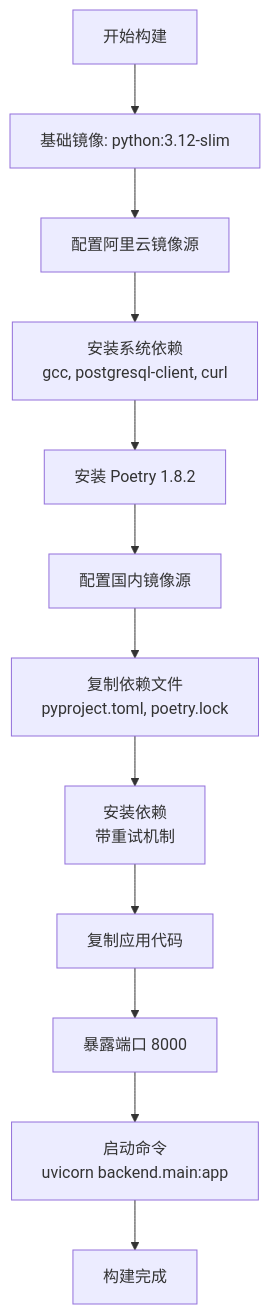
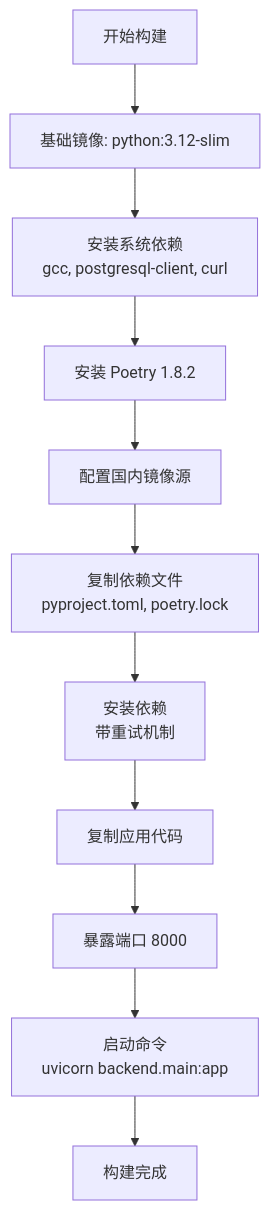
One commit to xfbyxq/ai-novel-system changed the third of 15 diagrams in .qoder/repowiki/zh/content/Docker Deployment.md. Above: the diagram before and after it, drawn with Mermaid. The commit also changed other lines of this file and 3 other files, not shown here.

````diff
--- a/.qoder/repowiki/zh/content/Docker Deployment.md
+++ b/.qoder/repowiki/zh/content/Docker Deployment.md
@@ -227,14 +234,13 @@
 ```mermaid
 flowchart TD
 START[开始构建] --> BASE_IMAGE[基础镜像: python:3.12-slim]
-BASE_IMAGE --> MIRROR[配置阿里云镜像源]
-MIRROR --> SYSTEM_DEPS[安装系统依赖<br/>gcc, postgresql-client, curl]
+BASE_IMAGE --> SYSTEM_DEPS[安装系统依赖<br/>gcc, postgresql-client, curl]
 SYSTEM_DEPS --> POETRY[安装 Poetry 1.8.2]
 POETRY --> CONFIG[配置国内镜像源]
 CONFIG --> COPY_DEPS[复制依赖文件<br/>pyproject.toml, poetry.lock]
 COPY_DEPS --> INSTALL_DEPS[安装依赖<br/>带重试机制]
 INSTALL_DEPS --> COPY_APP[复制应用代码]
 COPY_APP --> EXPOSE[暴露端口 8000]
 EXPOSE --> CMD[启动命令<br/>uvicorn backend.main:app]
 CMD --> END[构建完成]
 ```
````
